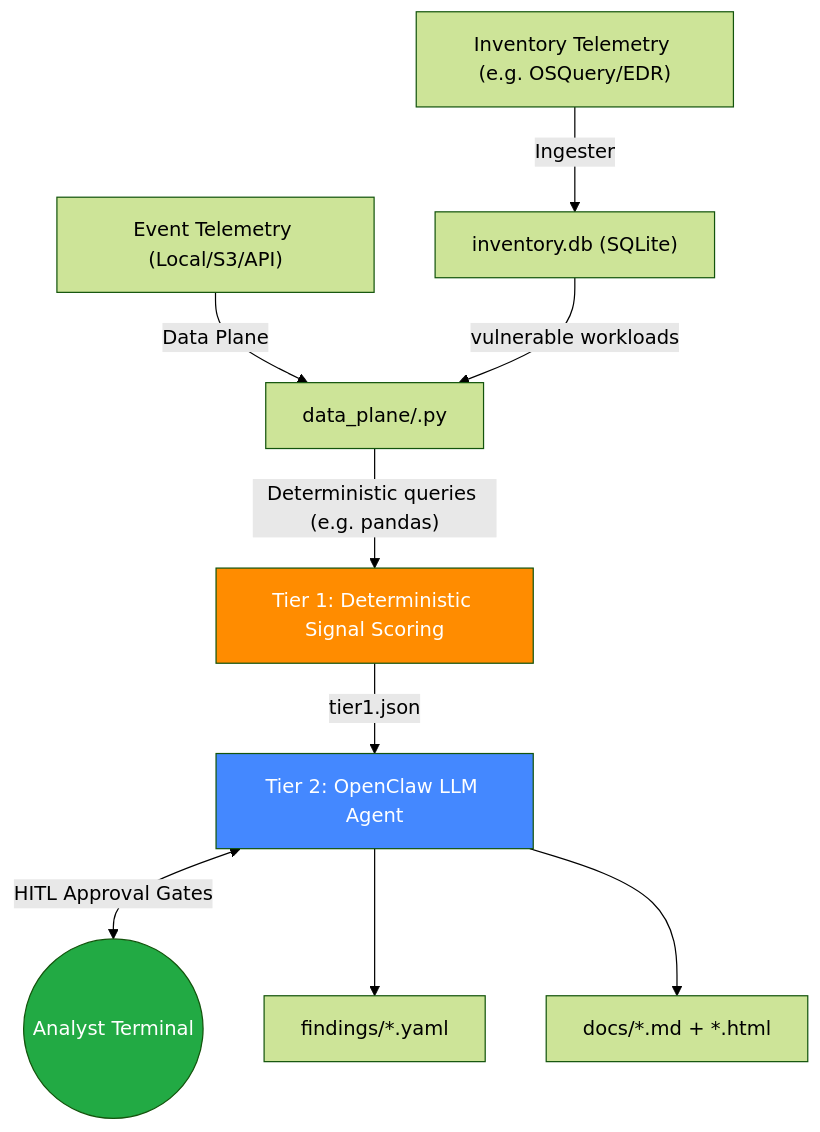
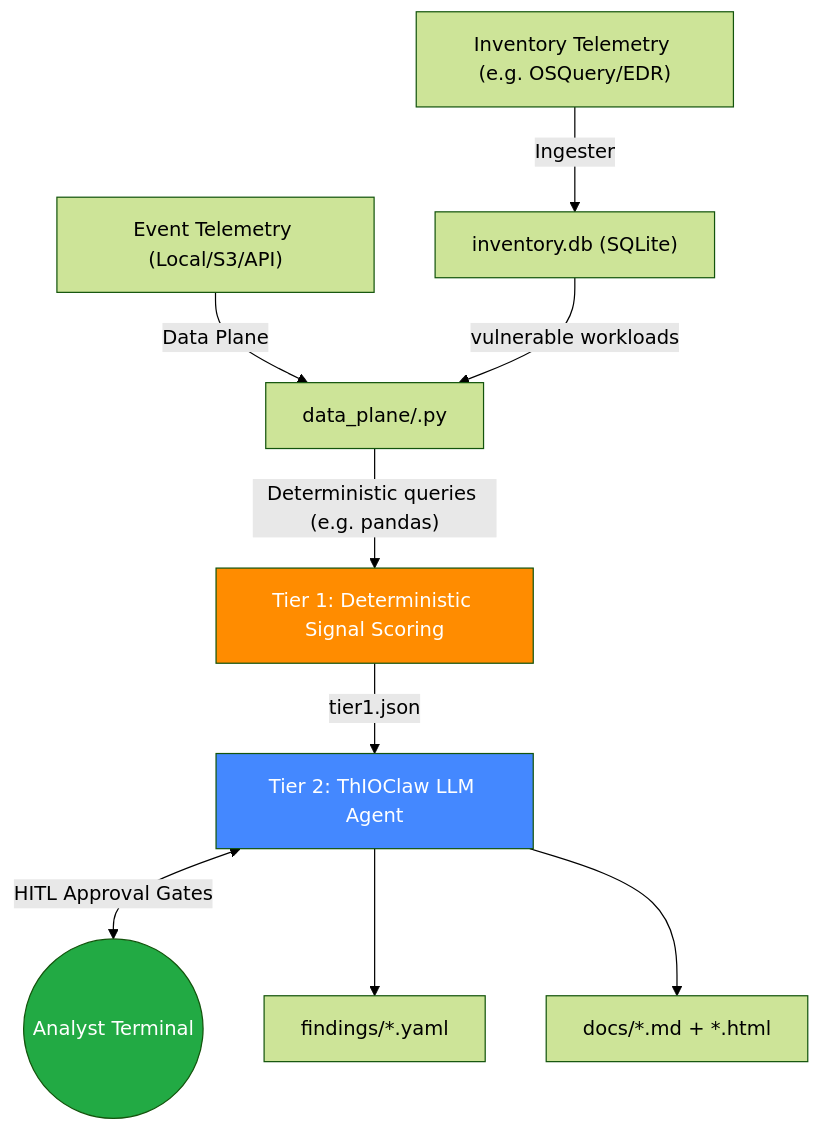
Before and after one commit to tjs24/ThIOClaw: the diagram in README.md, drawn with Mermaid (forest theme). The commit also changed other lines of this file and 24 other files, not shown here.

````diff
--- a/README.md
+++ b/README.md
@@ -188,15 +193,15 @@
 ```mermaid
 graph TD
     A["Inventory Telemetry (e.g. OSQuery/EDR)"] -->|Ingester| B["inventory.db (SQLite)"]
     C["Event Telemetry (Local/S3/API)"] -->|Data Plane| D["data_plane/<cve_id>.py"]
     B -->|vulnerable workloads| D
     D -->|"Deterministic queries (e.g. pandas)"| E["Tier 1: Deterministic Signal Scoring"]
-    E -->|tier1.json| F["Tier 2: OpenClaw LLM Agent"]
+    E -->|tier1.json| F["Tier 2: ThIOClaw LLM Agent"]
     F <-->|"HITL Approval Gates"| G(("Analyst Terminal"))
     F --> H["findings/*.yaml"]
     F --> I["docs/*.md + *.html"]
 
     style E fill:#ff8c00,color:#fff
     style F fill:#4488ff,color:#fff
     style G fill:#22aa44,color:#fff
 ```
````
